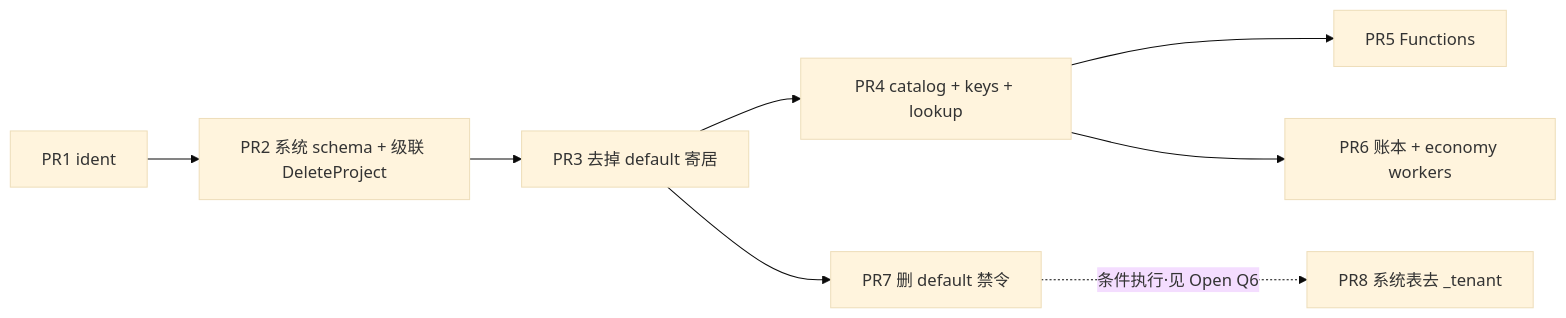
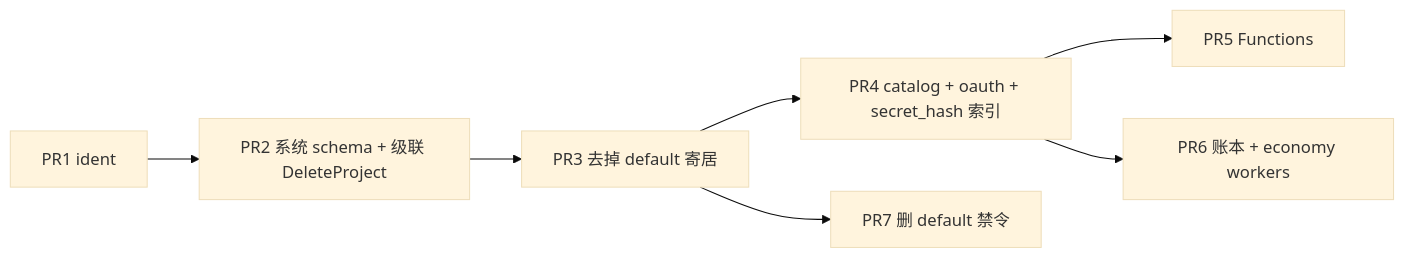
One commit to torchwooddev/torchwood changed the fifth of 5 diagrams in docs/design/project-data-plane-schema.md. Above: the diagram before and after it, drawn with Mermaid (base theme). The commit also changed other lines of this file, not shown here.

First line of the commit message:
docs(design): 数据面 schema 方案落地 owner 裁决

````diff
--- a/docs/design/project-data-plane-schema.md
+++ b/docs/design/project-data-plane-schema.md
@@ -1103,10 +1074,9 @@
 ```mermaid
 flowchart LR
   PR1[PR1 ident] --> PR2[PR2 系统 schema + 级联 DeleteProject]
   PR2 --> PR3[PR3 去掉 default 寄居]
-  PR3 --> PR4[PR4 catalog + keys + lookup]
+  PR3 --> PR4[PR4 catalog + oauth + secret_hash 索引]
   PR4 --> PR5[PR5 Functions]
   PR4 --> PR6[PR6 账本 + economy workers]
   PR3 --> PR7[PR7 删 default 禁令]
-  PR7 -.->|条件执行·见 Open Q6| PR8[PR8 系统表去 _tenant]
 ```
````
